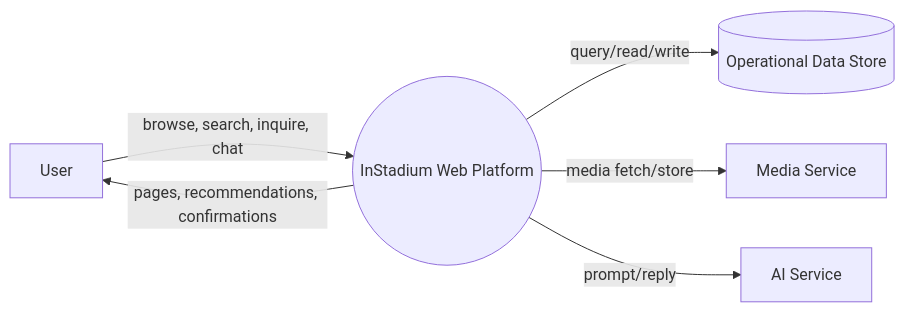
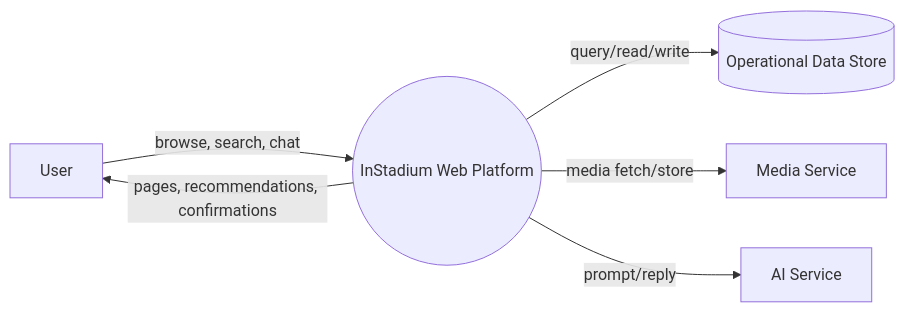
The fifth of 15 diagrams in README.md (satyansh911/InStadiumWeb), drawn with Mermaid before and after one commit. The commit also changed other lines of this file, not shown here.

Commit message:
routing architecture diagram updated

````diff
--- a/README.md
+++ b/README.md
@@ -170,9 +155,9 @@
 ```mermaid
 flowchart LR
-      U[User] -->|browse, search, inquire, chat| P((InStadium Web Platform))
+   U[User] -->|browse, search, chat| P((InStadium Web Platform))
       P -->|pages, recommendations, confirmations| U
 
       P -->|query/read/write| D[(Operational Data Store)]
       P -->|media fetch/store| M[Media Service]
       P -->|prompt/reply| A[AI Service]
 ```
````
